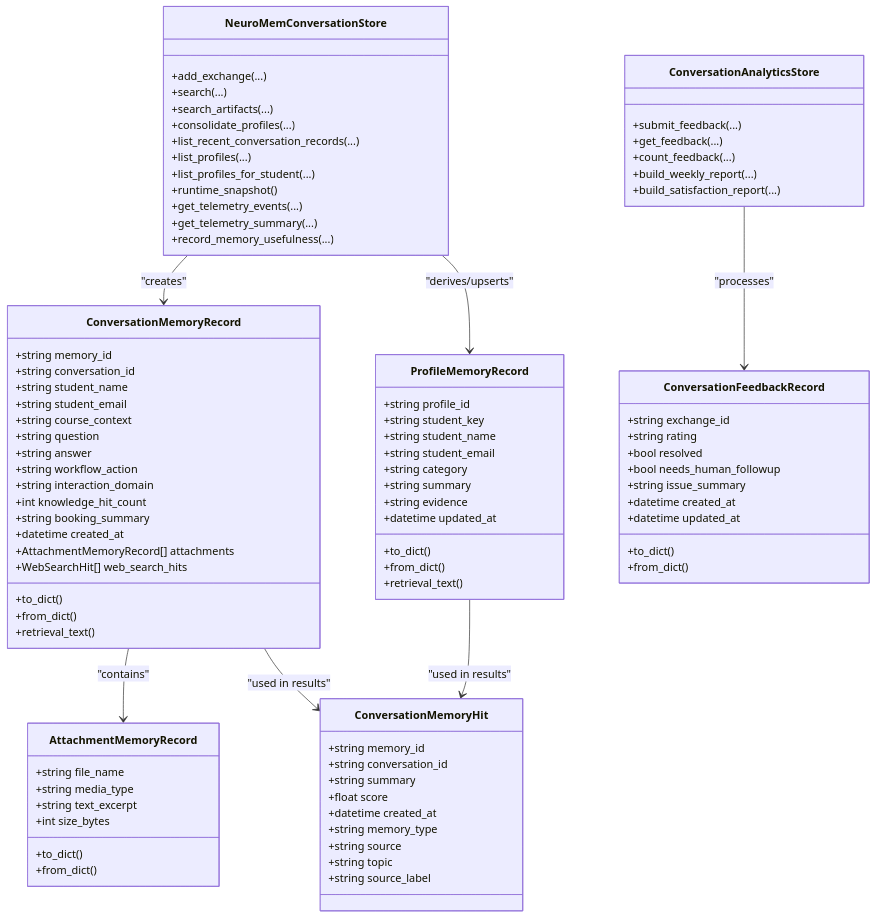
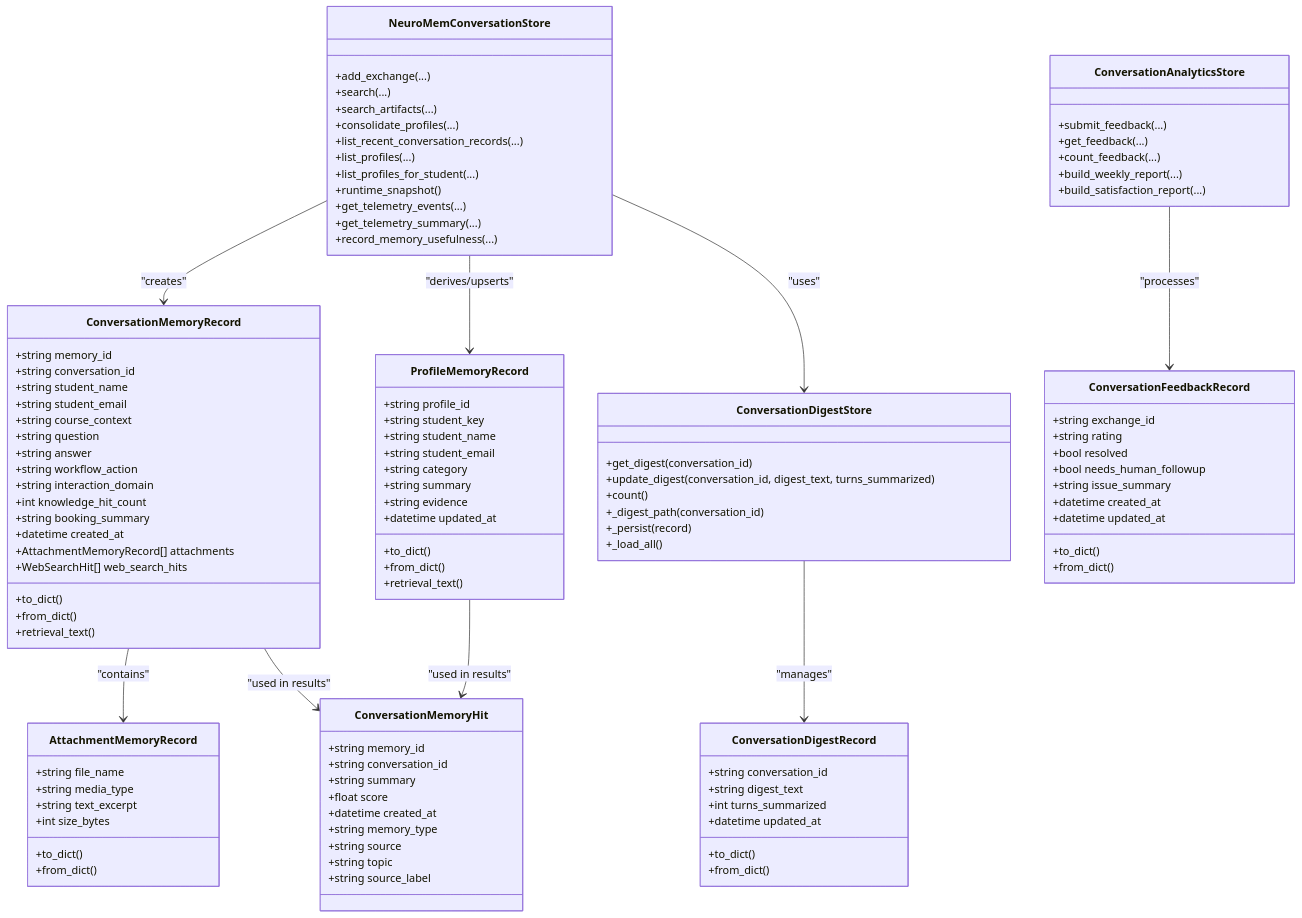
The third of 3 diagrams in .qoder/repowiki/en/content/Memory Systems/Conversation Memory.md (intellistream/sage-mate), drawn with Mermaid before and after one commit. The commit also changed other lines of this file and 101 other files, not shown here.

````diff
--- a/.qoder/repowiki/en/content/Memory Systems/Conversation Memory.md
+++ b/.qoder/repowiki/en/content/Memory Systems/Conversation Memory.md
@@ -376,6 +415,22 @@
 +to_dict()
 +from_dict()
 +retrieval_text()
+}
+class ConversationDigestRecord {
++string conversation_id
++string digest_text
++int turns_summarized
++datetime updated_at
++to_dict()
++from_dict()
+}
+class ConversationDigestStore {
++get_digest(conversation_id)
++update_digest(conversation_id, digest_text, turns_summarized)
++count()
++_digest_path(conversation_id)
++_persist(record)
++_load_all()
 }
 class AttachmentMemoryRecord {
 +string file_name
@@ -441,9 +496,11 @@
 +build_satisfaction_report(...)
 }
 NeuroMemConversationStore --> ConversationMemoryRecord : "creates"
+NeuroMemConversationStore --> ConversationDigestStore : "uses"
 NeuroMemConversationStore --> ProfileMemoryRecord : "derives/upserts"
 ConversationMemoryRecord --> AttachmentMemoryRecord : "contains"
 ConversationMemoryRecord --> ConversationMemoryHit : "used in results"
+ConversationDigestStore --> ConversationDigestRecord : "manages"
 ProfileMemoryRecord --> ConversationMemoryHit : "used in results"
 ConversationAnalyticsStore --> ConversationFeedbackRecord : "processes"
 ```
````
